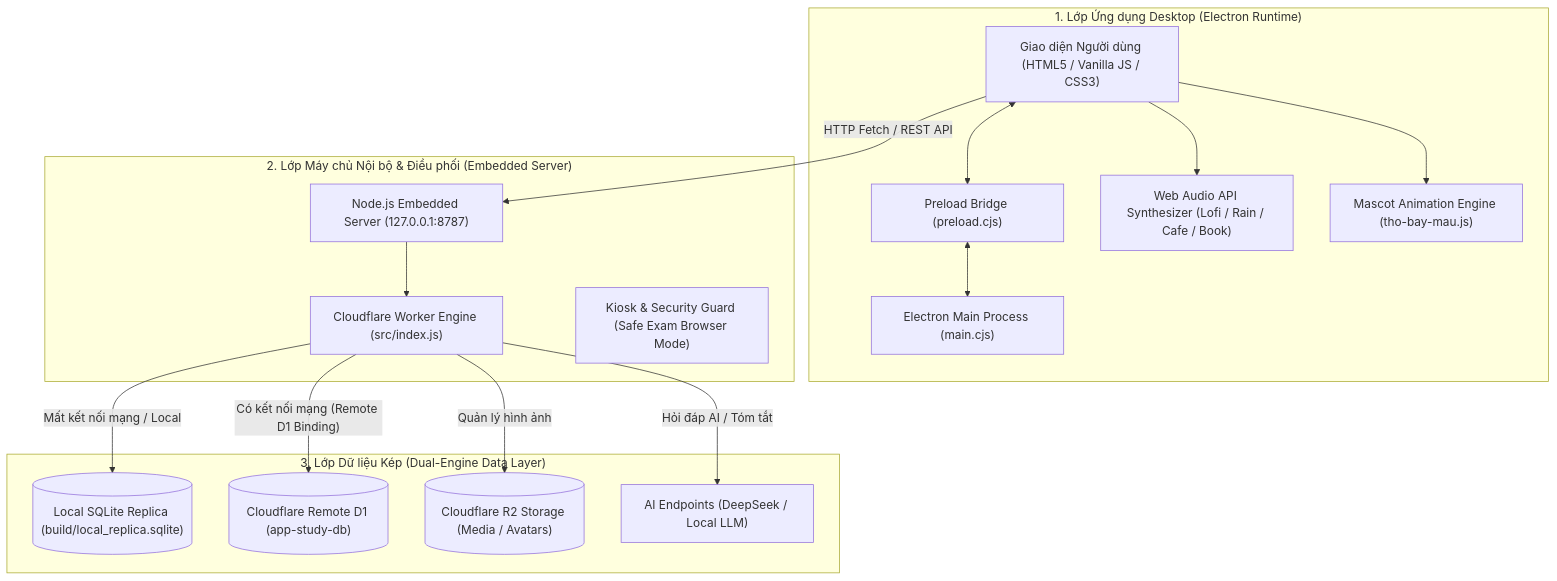
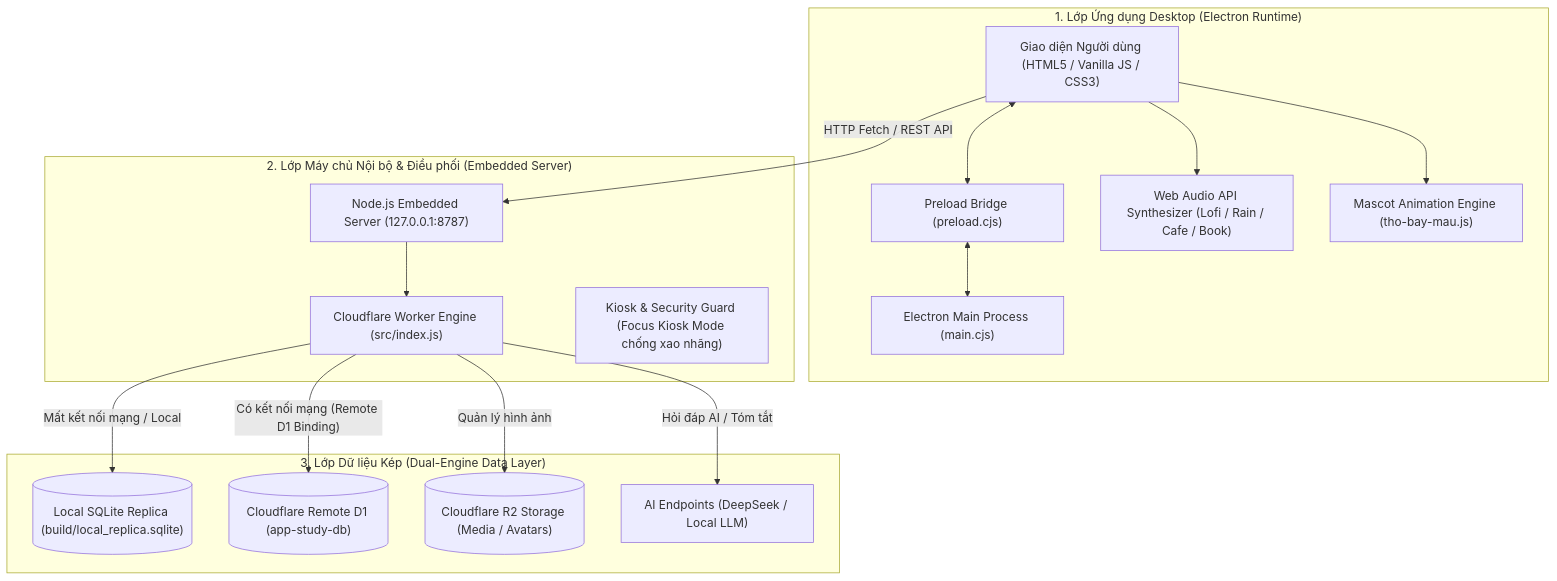
The diagram in README.md (Anniehatani/appstudyAI), drawn with Mermaid before and after one commit. The commit also changed other lines of this file and 7 other files, not shown here.

Commit message:
fix(security & arch): fix secret packing, upgrade PBKDF2 hashing & rate limiter, server-validate pomodoro rewards, implement transactional sync outbox, clarify kiosk mode, and modularize backend

````diff
--- a/README.md
+++ b/README.md
@@ -247,35 +247,35 @@
 ```mermaid
 flowchart TD
     subgraph ClientLayer ["1. Lớp Ứng dụng Desktop (Electron Runtime)"]
         ElectronMain["Electron Main Process (main.cjs)"]
         Preload["Preload Bridge (preload.cjs)"]
         FrontendUI["Giao diện Người dùng (HTML5 / Vanilla JS / CSS3)"]
         AudioSynth["Web Audio API Synthesizer (Lofi / Rain / Cafe / Book)"]
         MascotCanvas["Mascot Animation Engine (tho-bay-mau.js)"]
     end
 
     subgraph ServerLayer ["2. Lớp Máy chủ Nội bộ & Điều phối (Embedded Server)"]
         EmbedServer["Node.js Embedded Server (127.0.0.1:8787)"]
         WorkerEngine["Cloudflare Worker Engine (src/index.js)"]
-        KioskGuard["Kiosk & Security Guard (Safe Exam Browser Mode)"]
+        KioskGuard["Kiosk & Security Guard (Focus Kiosk Mode chống xao nhãng)"]
     end
 
     subgraph DataLayer ["3. Lớp Dữ liệu Kép (Dual-Engine Data Layer)"]
         SQLiteReplica[("Local SQLite Replica (build/local_replica.sqlite)")]
         CloudflareD1[("Cloudflare Remote D1 (app-study-db)")]
         CloudflareR2[("Cloudflare R2 Storage (Media / Avatars)")]
         AIEndpoints["AI Endpoints (DeepSeek / Local LLM)"]
     end
 
     FrontendUI <--> Preload
     Preload <--> ElectronMain
     FrontendUI --> AudioSynth
     FrontendUI --> MascotCanvas
 
     FrontendUI -- "HTTP Fetch / REST API" --> EmbedServer
     EmbedServer --> WorkerEngine
     WorkerEngine -- "Mất kết nối mạng / Local" --> SQLiteReplica
     WorkerEngine -- "Có kết nối mạng (Remote D1 Binding)" --> CloudflareD1
     WorkerEngine -- "Quản lý hình ảnh" --> CloudflareR2
     WorkerEngine -- "Hỏi đáp AI / Tóm tắt" --> AIEndpoints
 ```
````
